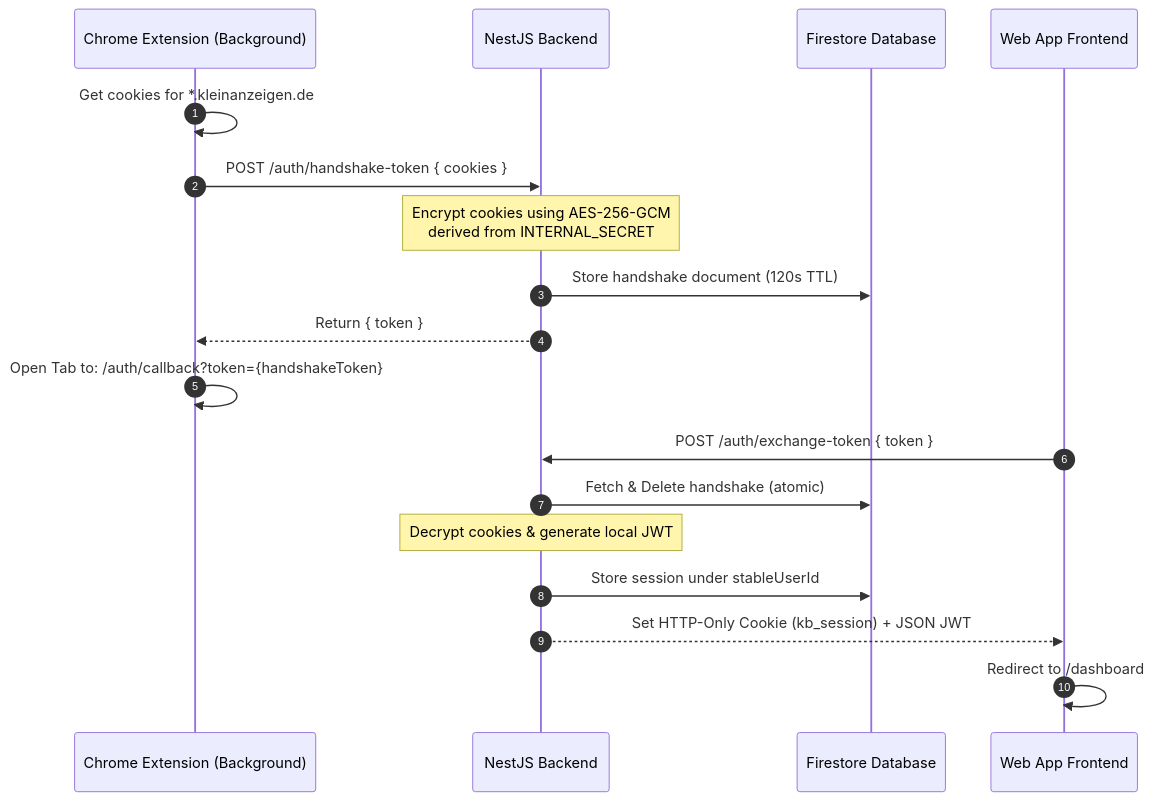
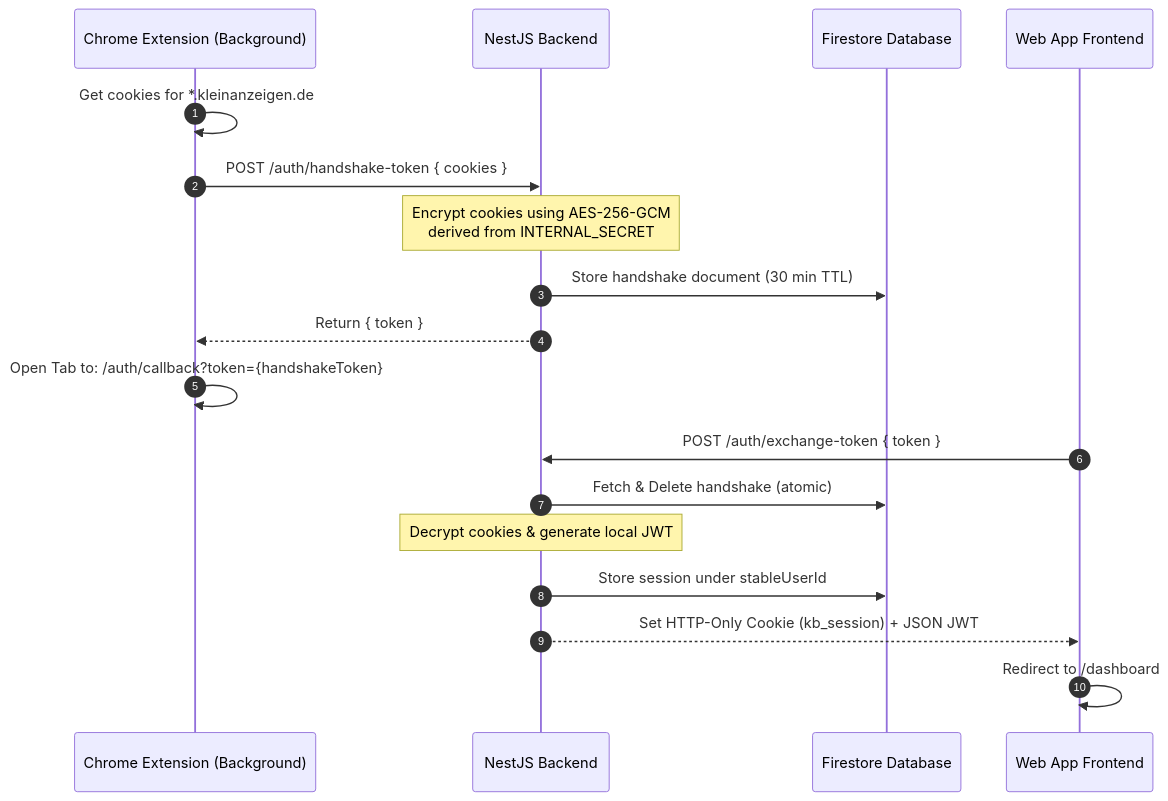
Before and after one commit to Rebaiahmed/kleinanzeigen-boost: the second of 7 diagrams in ARCHITECTURE.md, drawn with Mermaid. The commit also changed other lines of this file and 1567 other files, not shown here.

````diff
--- a/ARCHITECTURE.md
+++ b/ARCHITECTURE.md
@@ -133,21 +133,21 @@
 ```mermaid
 sequenceDiagram
     autonumber
     participant Extension as Chrome Extension (Background)
     participant Backend as NestJS Backend
     participant Firestore as Firestore Database
     participant Frontend as Web App Frontend
 
     Extension->>Extension: Get cookies for *.kleinanzeigen.de
     Extension->>Backend: POST /auth/handshake-token { cookies }
     Note over Backend: Encrypt cookies using AES-256-GCM<br>derived from INTERNAL_SECRET
-    Backend->>Firestore: Store handshake document (120s TTL)
+    Backend->>Firestore: Store handshake document (30 min TTL)
     Backend-->>Extension: Return { token }
     Extension->>Extension: Open Tab to: /auth/callback?token={handshakeToken}
     Frontend->>Backend: POST /auth/exchange-token { token }
     Backend->>Firestore: Fetch & Delete handshake (atomic)
     Note over Backend: Decrypt cookies & generate local JWT
     Backend->>Firestore: Store session under stableUserId
     Backend-->>Frontend: Set HTTP-Only Cookie (kb_session) + JSON JWT
     Frontend->>Frontend: Redirect to /dashboard
 ```
````
